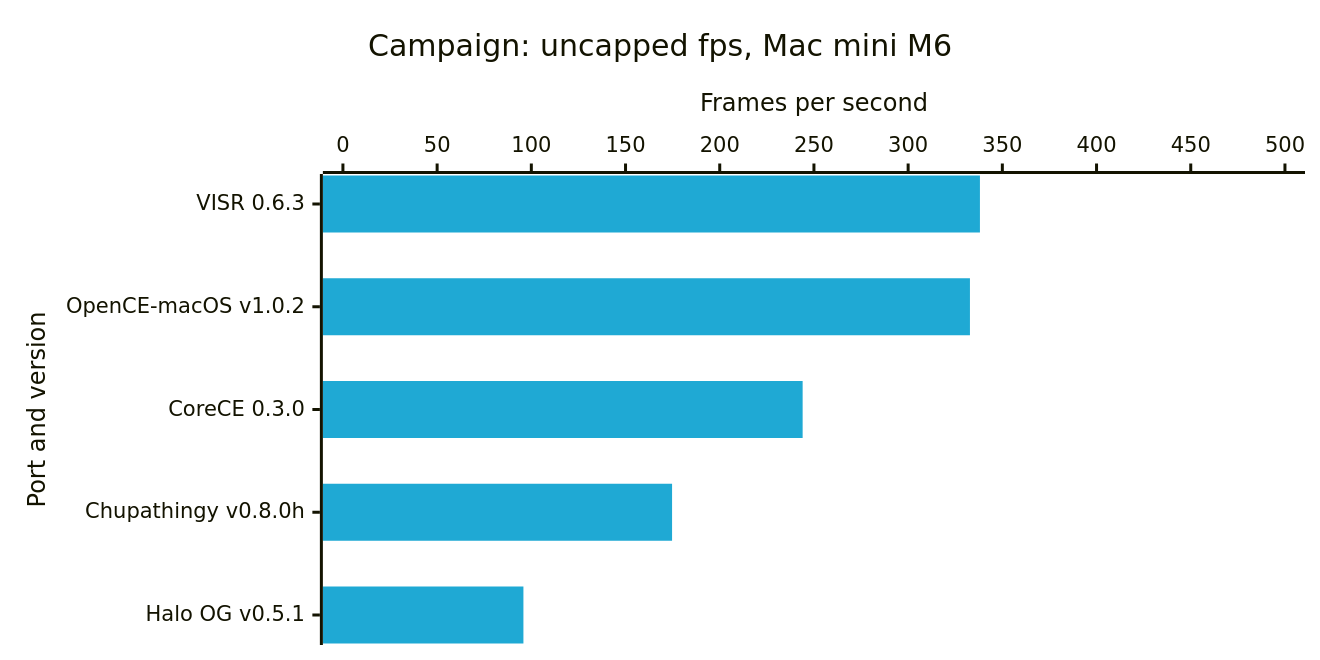
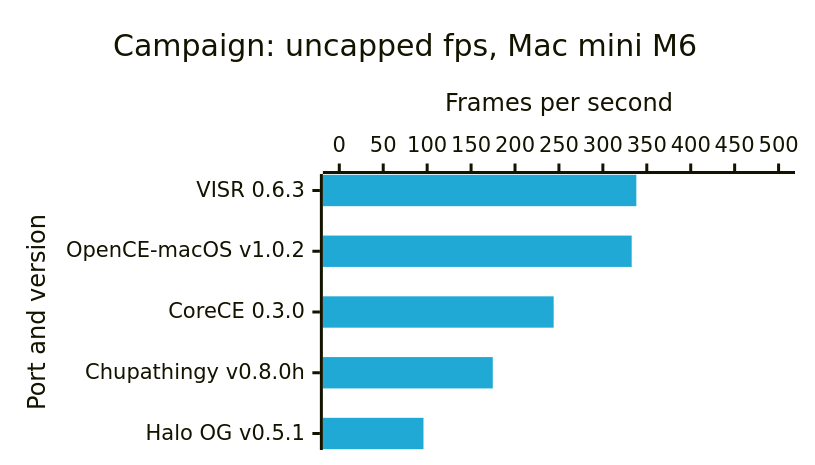
One commit to VISR-CE/visr changed the first of 7 diagrams in docs/benchmarks.md. Above: the diagram before and after it, drawn with Mermaid. The commit also changed other lines of this file and 16 other files, not shown here.

First line of the commit message:
💄 style(benchmarks): size each chart to its device screen so it fills the frame — the chart canvas follows the screen's aspect instead of 860 by 420, the SVG scales to the whole screen box, and the iPad, iPhone and Mac frames take the full width on a phone

````diff
--- a/docs/benchmarks.md
+++ b/docs/benchmarks.md
@@ -19,16 +19,16 @@
 ```mermaid
 ---
 config:
   xyChart:
-    width: 860
-    height: 420
+    width: 520
+    height: 290
   themeVariables:
     xyChart:
       plotColorPalette: "#1fa9d4, #ffc24d"
 ---
 xychart-beta horizontal
     title "Campaign: uncapped fps, Mac mini M6"
     x-axis "Port and version" ["VISR 0.6.3", "OpenCE-macOS v1.0.2", "CoreCE 0.3.0", "Chupathingy v0.8.0h", "Halo OG v0.5.1"]
     y-axis "Frames per second" 0 --> 500
     bar [338.1, 332.8, 244, 174.7, 95.8]
 ```
````
